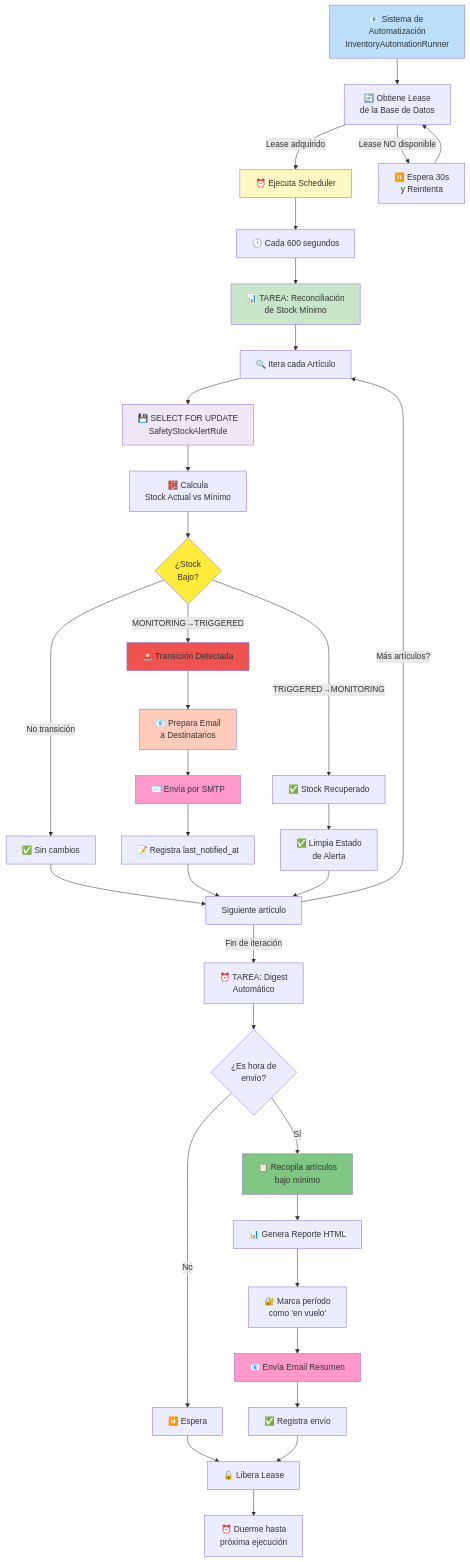
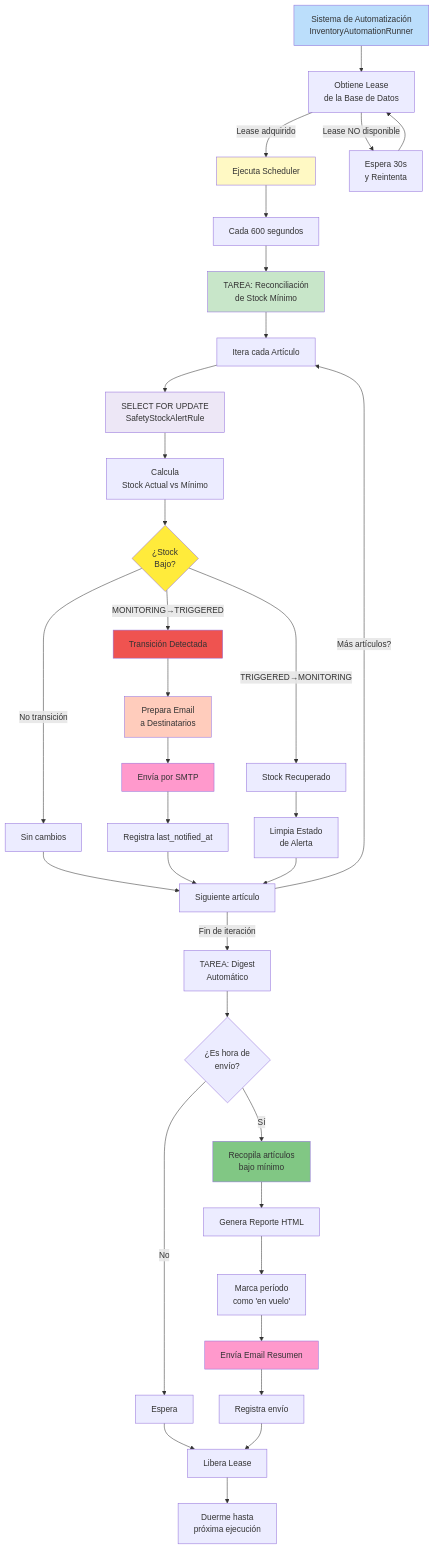
The diagram in docs/03_automatizacion.md (MarcosReyero/WORM-ERP), drawn with Mermaid before and after one commit. The commit also changed other lines of this file and 12 other files, not shown here.

Commit message:
Refactor documentation for inventory system: update diagrams and descriptions

````diff
--- a/docs/03_automatizacion.md
+++ b/docs/03_automatizacion.md
@@ -7,62 +7,62 @@
 ```mermaid
 ---
 id: 924cb385-b85d-46ee-871d-68c88c0863a7
 ---
 flowchart TD
-    A["📧 Sistema de Automatización<br/>InventoryAutomationRunner"] --> B["🔄 Obtiene Lease<br/>de la Base de Datos"]
-    
-    B -->|Lease adquirido| C["⏰ Ejecuta Scheduler"]
-    B -->|Lease NO disponible| D["⏸️ Espera 30s<br/>y Reintenta"]
+    A[" Sistema de Automatización<br/>InventoryAutomationRunner"] --> B[" Obtiene Lease<br/>de la Base de Datos"]
+
+    B -->|Lease adquirido| C[" Ejecuta Scheduler"]
+    B -->|Lease NO disponible| D[" Espera 30s<br/>y Reintenta"]
     D --> B
-    
-    C --> E["🕐 Cada 600 segundos"]
-    E --> F["📊 TAREA: Reconciliación<br/>de Stock Mínimo"]
-    
-    F --> G["🔍 Itera cada Artículo"]
-    G --> H["💾 SELECT FOR UPDATE<br/>SafetyStockAlertRule"]
-    
-    H --> I["🧮 Calcula<br/>Stock Actual vs Mínimo"]
+
+    C --> E[" Cada 600 segundos"]
+    E --> F[" TAREA: Reconciliación<br/>de Stock Mínimo"]
+
+    F --> G[" Itera cada Artículo"]
+    G --> H[" SELECT FOR UPDATE<br/>SafetyStockAlertRule"]
+
+    H --> I[" Calcula<br/>Stock Actual vs Mínimo"]
     I --> J{¿Stock<br/>Bajo?}
-    
-    J -->|No transición| K["✅ Sin cambios"]
-    J -->|MONITORING→TRIGGERED| L["🚨 Transición Detectada"]
-    J -->|TRIGGERED→MONITORING| M["✅ Stock Recuperado"]
-    
-    L --> N["📧 Prepara Email<br/>a Destinatarios"]
-    N --> O["✉️ Envía por SMTP"]
-    O --> P["📝 Registra last_notified_at"]
-    
-    M --> Q["✅ Limpia Estado<br/>de Alerta"]
-    
+
+    J -->|No transición| K[" Sin cambios"]
+    J -->|MONITORING→TRIGGERED| L[" Transición Detectada"]
+    J -->|TRIGGERED→MONITORING| M[" Stock Recuperado"]
+
+    L --> N[" Prepara Email<br/>a Destinatarios"]
+    N --> O[" Envía por SMTP"]
+    O --> P[" Registra last_notified_at"]
+
+    M --> Q[" Limpia Estado<br/>de Alerta"]
+
     K --> R["Siguiente artículo"]
     P --> R
     Q --> R
-    
+
     R -->|Más artículos?| G
-    R -->|Fin de iteración| S["⏰ TAREA: Digest<br/>Automático"]
-    
+    R -->|Fin de iteración| S[" TAREA: Digest<br/>Automático"]
+
     S --> T{¿Es hora de<br/>envío?}
-    T -->|No| U["⏸️ Espera"]
-    T -->|Sí| V["📋 Recopila artículos<br/>bajo mínimo"]
-    
-    V --> W["📊 Genera Reporte HTML"]
-    W --> X["🔐 Marca período<br/>como 'en vuelo'"]
-    X --> Y["📧 Envía Email Resumen"]
-    Y --> Z["✅ Registra envío"]
-    
-    U --> AA["🔓 Libera Lease"]
+    T -->|No| U[" Espera"]
+    T -->|Sí| V[" Recopila artículos<br/>bajo mínimo"]
+
+    V --> W[" Genera Reporte HTML"]
+    W --> X[" Marca período<br/>como 'en vuelo'"]
+    X --> Y[" Envía Email Resumen"]
+    Y --> Z[" Registra envío"]
+
+    U --> AA[" Libera Lease"]
     Z --> AA
-    
-    AA --> AB["⏰ Duerme hasta<br/>próxima ejecución"]
-    
+
+    AA --> AB[" Duerme hasta<br/>próxima ejecución"]
+
     style A fill:#bbdefb
     style C fill:#fff9c4
     style F fill:#c8e6c9
     style H fill:#ede7f6
     style J fill:#ffeb3b
     style L fill:#ef5350
     style N fill:#ffccbc
     style O fill:#ff99cc
     style V fill:#81c784
     style Y fill:#ff99cc
 ```
````
